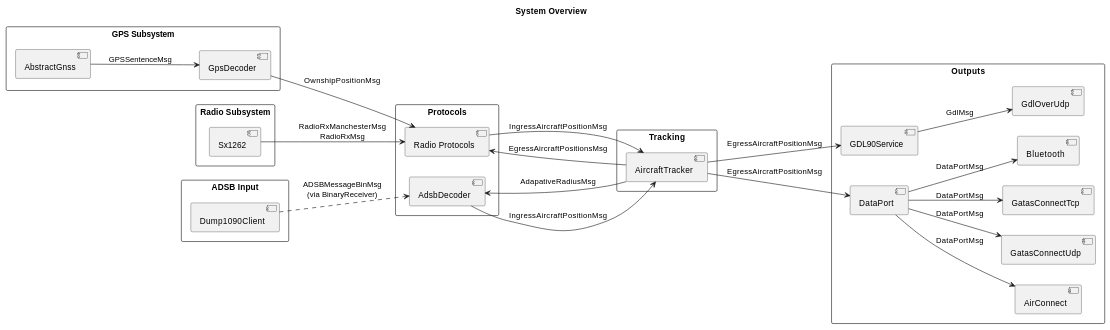
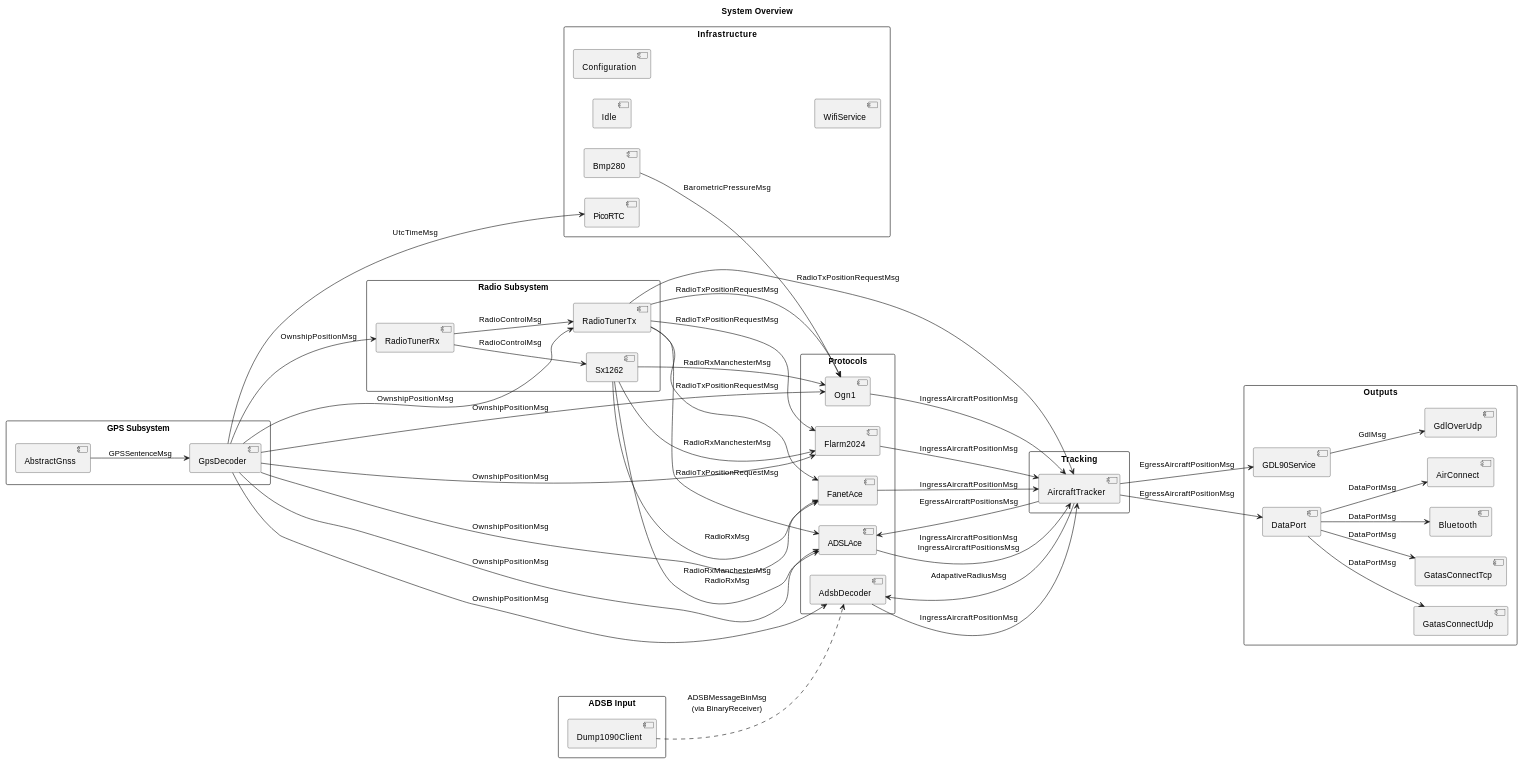
Before and after one commit to rvt/openace: the first of 7 diagrams in doc/message-bus.md, drawn with PlantUML. The commit also changed other lines of this file and 8 other files, not shown here.

````diff
--- a/doc/message-bus.md
+++ b/doc/message-bus.md
@@ -21,6 +21,8 @@
 
 rectangle "Radio Subsystem" {
     [Sx1262]
+    [RadioTunerRx]
+    [RadioTunerTx]
 }
 
 rectangle "ADSB Input" {
@@ -28,7 +30,10 @@
 }
 
 rectangle "Protocols" {
-    [Radio Protocols]
+    [Ogn1]
+    [Flarm2024]
+    [ADSLAce]
+    [FanetAce]
     [AdsbDecoder]
 }
 
@@ -46,21 +51,50 @@
     [AirConnect]
 }
 
+rectangle "Infrastructure" {
+    [Idle]
+    [Configuration]
+    [WifiService]
+    [Bmp280]
+    [PicoRTC]
+}
+
 [AbstractGnss] --> [GpsDecoder] : GPSSentenceMsg
-[GpsDecoder] --> [Radio Protocols] : OwnshipPositionMsg
-[Sx1262] --> [Radio Protocols] : RadioRxManchesterMsg\nRadioRxMsg
+[GpsDecoder] --> [Ogn1] : OwnshipPositionMsg
+[GpsDecoder] --> [Flarm2024] : OwnshipPositionMsg
+[GpsDecoder] --> [ADSLAce] : OwnshipPositionMsg
+[GpsDecoder] --> [FanetAce] : OwnshipPositionMsg
+[GpsDecoder] --> [AdsbDecoder] : OwnshipPositionMsg
+[GpsDecoder] --> [RadioTunerRx] : OwnshipPositionMsg
+[GpsDecoder] --> [RadioTunerTx] : OwnshipPositionMsg
+[GpsDecoder] --> [PicoRTC] : UtcTimeMsg
+[Sx1262] --> [Ogn1] : RadioRxManchesterMsg
+[Sx1262] --> [Flarm2024] : RadioRxManchesterMsg
+[Sx1262] --> [ADSLAce] : RadioRxManchesterMsg\nRadioRxMsg
+[Sx1262] --> [FanetAce] : RadioRxMsg
 [Dump1090Client] ..> [AdsbDecoder] : ADSBMessageBinMsg\n(via BinaryReceiver)
-[Radio Protocols] --> [AircraftTracker] : IngressAircraftPositionMsg
+[Ogn1] --> [AircraftTracker] : IngressAircraftPositionMsg
+[Flarm2024] --> [AircraftTracker] : IngressAircraftPositionMsg
+[ADSLAce] --> [AircraftTracker] : IngressAircraftPositionMsg\nIngressAircraftPositionsMsg
+[FanetAce] --> [AircraftTracker] : IngressAircraftPositionMsg
 [AdsbDecoder] --> [AircraftTracker] : IngressAircraftPositionMsg
 [AircraftTracker] --> [GDL90Service] : EgressAircraftPositionMsg
 [AircraftTracker] --> [DataPort] : EgressAircraftPositionMsg
-[AircraftTracker] --> [Radio Protocols] : EgressAircraftPositionsMsg
+[AircraftTracker] --> [ADSLAce] : EgressAircraftPositionsMsg
 [AircraftTracker] --> [AdsbDecoder] : AdapativeRadiusMsg
+[RadioTunerRx] --> [Sx1262] : RadioControlMsg
+[RadioTunerRx] --> [RadioTunerTx] : RadioControlMsg
+[RadioTunerTx] --> [Ogn1] : RadioTxPositionRequestMsg
+[RadioTunerTx] --> [Flarm2024] : RadioTxPositionRequestMsg
+[RadioTunerTx] --> [ADSLAce] : RadioTxPositionRequestMsg
+[RadioTunerTx] --> [FanetAce] : RadioTxPositionRequestMsg
+[RadioTunerTx] --> [AircraftTracker] : RadioTxPositionRequestMsg
 [GDL90Service] --> [GdlOverUdp] : GdlMsg
 [DataPort] --> [GatasConnectUdp] : DataPortMsg
 [DataPort] --> [GatasConnectTcp] : DataPortMsg
 [DataPort] --> [Bluetooth] : DataPortMsg
 [DataPort] --> [AirConnect] : DataPortMsg
+[Bmp280] --> [Ogn1] : BarometricPressureMsg
 
 @enduml
 ```
````
